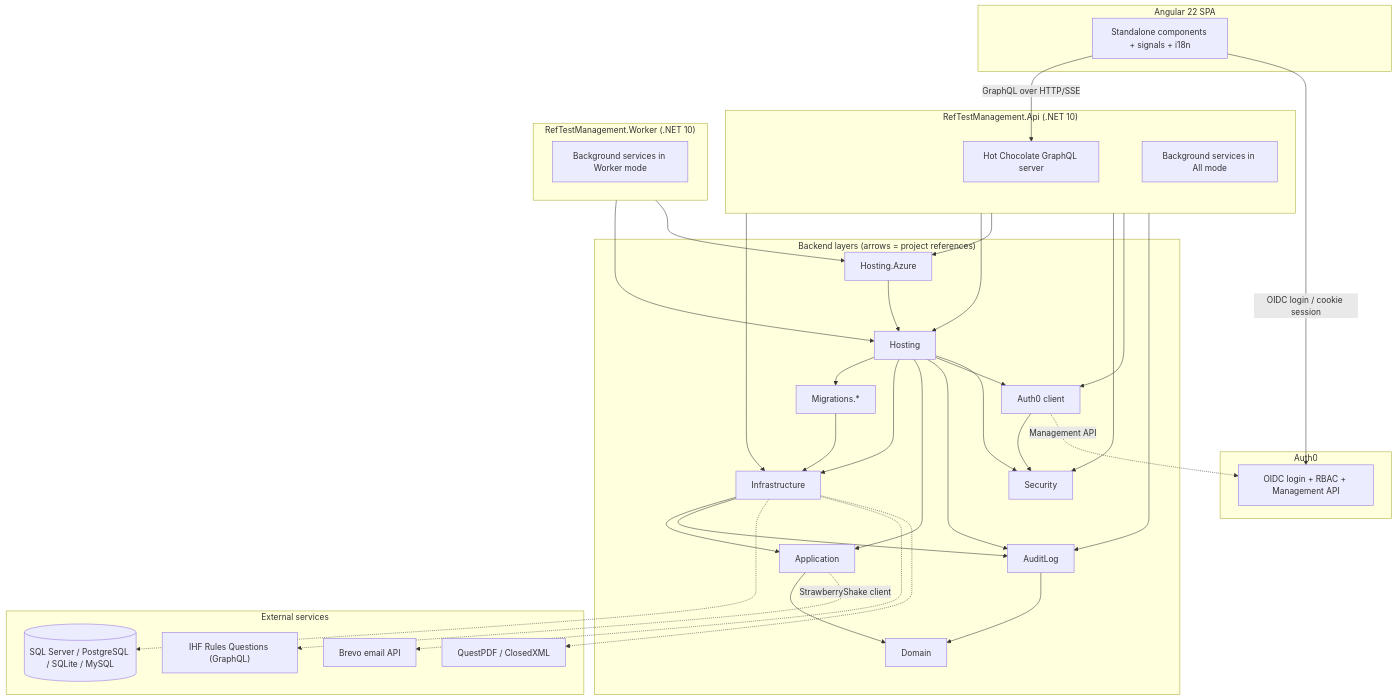
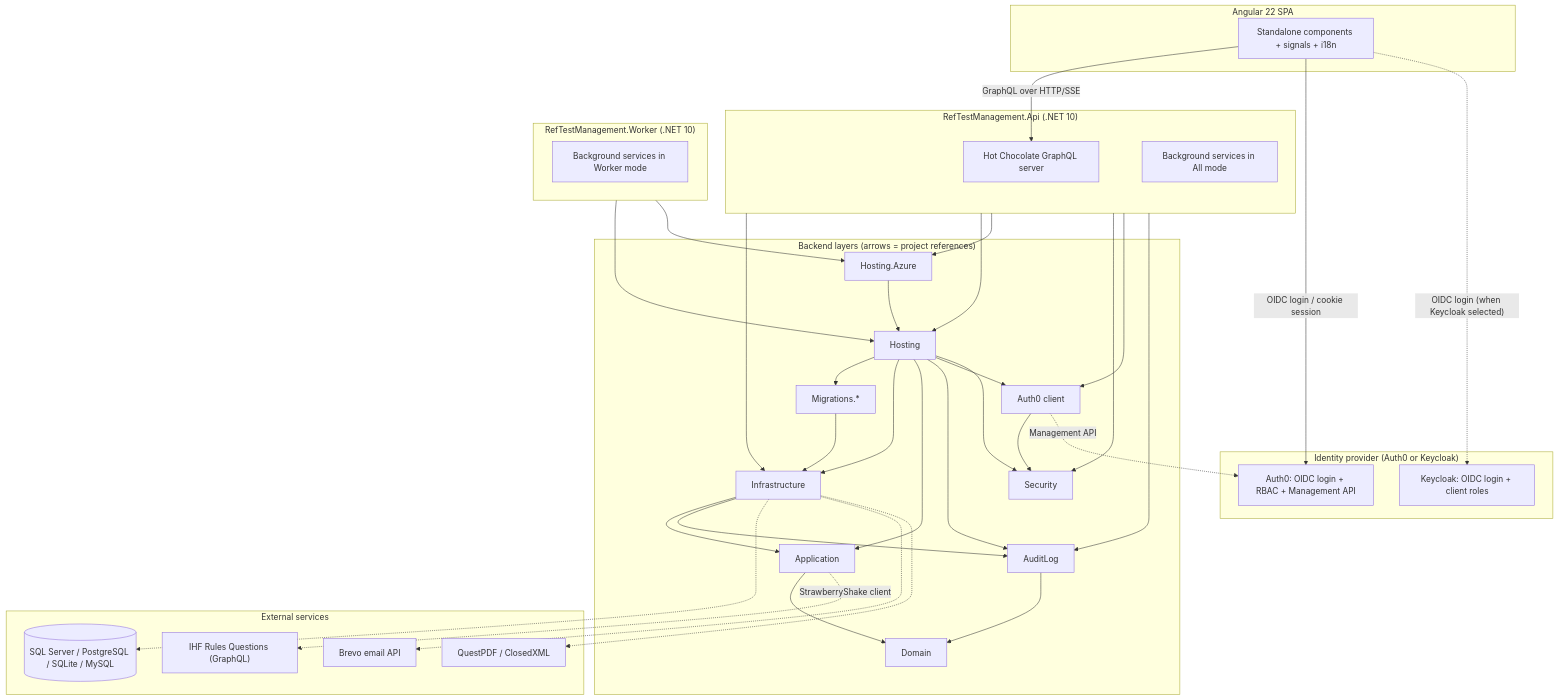
Before and after one commit to handballbelgium-referees/ref-test-management: the diagram in README.md, drawn with Mermaid. The commit also changed other lines of this file and 22 other files, not shown here.

First line of the commit message:
feat(security): add provider-neutral user lookup with keycloak support

````diff
--- a/README.md
+++ b/README.md
@@ -142,67 +142,69 @@
 ```mermaid
 flowchart TB
     subgraph Client["Angular 22 SPA"]
         UI["Standalone components + signals + i18n"]
     end
 
-    subgraph Auth["Auth0"]
-        A0["OIDC login + RBAC + Management API"]
+    subgraph Auth["Identity provider (Auth0 or Keycloak)"]
+        A0["Auth0: OIDC login + RBAC + Management API"]
+        KC["Keycloak: OIDC login + client roles"]
     end
 
     subgraph Api["RefTestManagement.Api (.NET 10)"]
         GQL["Hot Chocolate GraphQL server"]
         BG["Background services in All mode"]
     end
 
     subgraph Worker["RefTestManagement.Worker (.NET 10)"]
         WorkerBG["Background services in Worker mode"]
     end
 
     subgraph Layers["Backend layers (arrows = project references)"]
         Infrastructure["Infrastructure"]
         Hosting["Hosting"]
         AzureHosting["Hosting.Azure"]
         Application["Application"]
         Domain["Domain"]
         AuditLog["AuditLog"]
         Migrations["Migrations.*"]
         Security["Security"]
         Auth0Proj["Auth0 client"]
     end
 
     subgraph External["External services"]
         DB[("SQL Server / PostgreSQL / SQLite / MySQL")]
         Brevo["Brevo email API"]
         IHF["IHF Rules Questions (GraphQL)"]
         PDF["QuestPDF / ClosedXML"]
     end
 
     UI -->|"GraphQL over HTTP/SSE"| GQL
     UI -->|"OIDC login / cookie session"| A0
+    UI -.->|"OIDC login (when Keycloak selected)"| KC
     Api --> Infrastructure
     Api --> Hosting
     Worker --> Hosting
     Api --> AzureHosting
     Worker --> AzureHosting
     AzureHosting --> Hosting
     Hosting --> Migrations
     Hosting --> Infrastructure
     Hosting --> Application
     Hosting --> AuditLog
     Hosting --> Auth0Proj
     Hosting --> Security
     Api --> Security
     Api --> Auth0Proj
     Api --> AuditLog
     Migrations --> Infrastructure
     Infrastructure --> Application
     Infrastructure --> AuditLog
     Application --> Domain
     AuditLog --> Domain
     Auth0Proj --> Security
     Application -.->|"StrawberryShake client"| IHF
     Infrastructure -.-> DB
     Infrastructure -.-> Brevo
     Infrastructure -.-> PDF
     Auth0Proj -.->|"Management API"| A0
 ```
````
